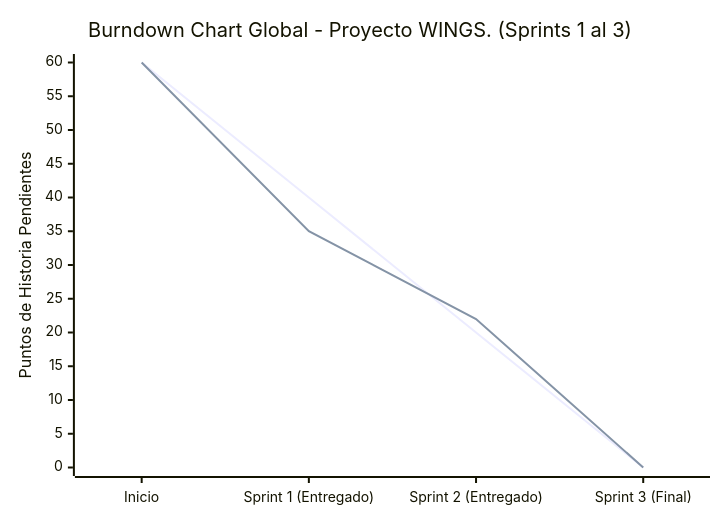
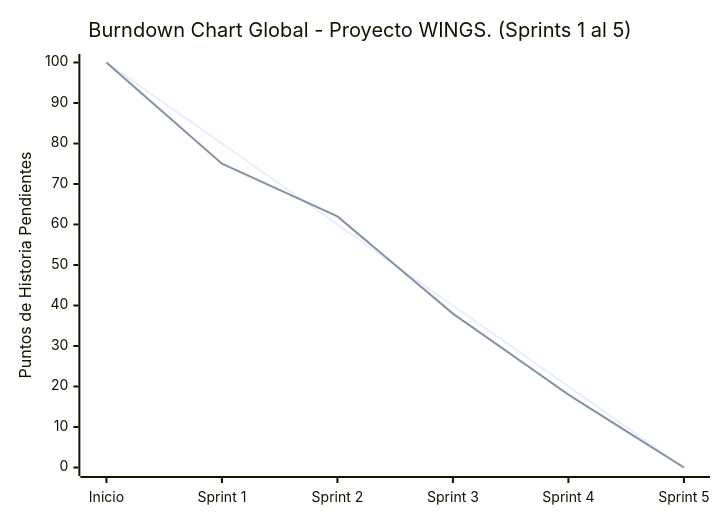
The diagram in README.md (AsaelCh9/Alitas), drawn with Mermaid before and after one commit. The commit also changed other lines of this file, not shown here.

Commit message:
Update burndown chart for Sprints 1 to 5

````diff
--- a/README.md
+++ b/README.md
@@ -3,8 +3,8 @@
 ```mermaid
 xychart-beta
-    title "Burndown Chart Global - Proyecto WINGS. (Sprints 1 al 3)"
-    x-axis ["Inicio", "Sprint 1 (Entregado)", "Sprint 2 (Entregado)", "Sprint 3 (Final)"]
-    y-axis "Puntos de Historia Pendientes" 0 --> 60
-    line "Trabajo Ideal" [60, 40, 20, 0]
-    line "Trabajo Real" [60, 35, 22, 0]
+    title "Burndown Chart Global - Proyecto WINGS. (Sprints 1 al 5)"
+    x-axis ["Inicio", "Sprint 1", "Sprint 2", "Sprint 3", "Sprint 4", "Sprint 5"]
+    y-axis "Puntos de Historia Pendientes" 0 --> 100
+    line "Trabajo Ideal" [100, 80, 60, 40, 20, 0]
+    line "Trabajo Real" [100, 75, 62, 38, 18, 0]
 ```
````
